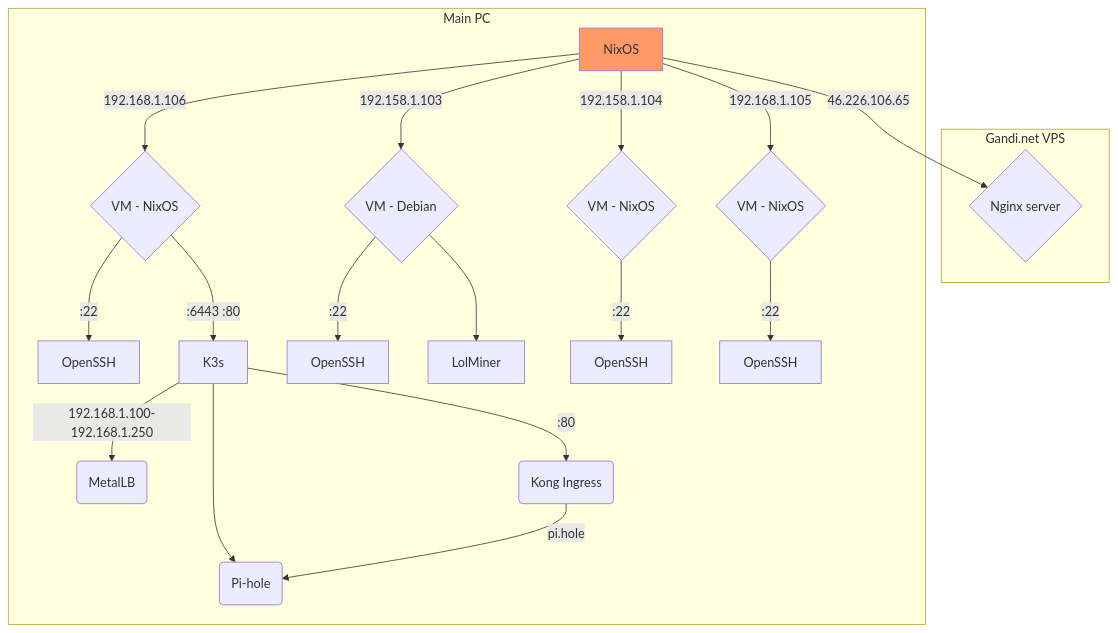
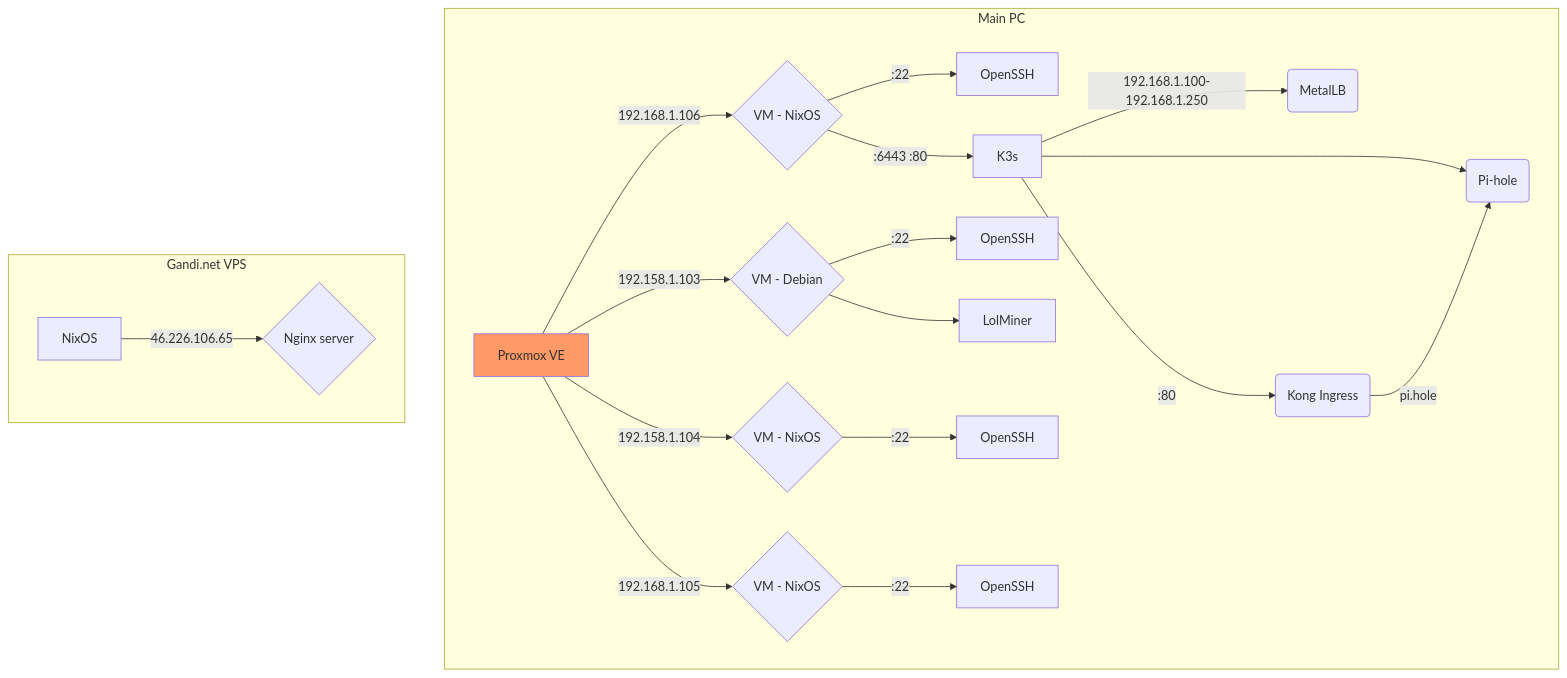
One commit to portothree/dotfiles changed the diagram in homelab/README.md. Above: the diagram before and after it, drawn with Mermaid.

Commit message:
docs: update diagram

````diff
--- a/homelab/README.md
+++ b/homelab/README.md
@@ -6,31 +6,31 @@
 ```mermaid
 graph TD
 	subgraph Main PC
 		A[Proxmox VE] -->|192.168.1.106| 100{VM - NixOS};
 		100 -->|:22| 100_ssh[OpenSSH];
 		100 -->|:6443 :80| K3s[K3s];
 		K3s -->|192.168.1.100-192.168.1.250| MetalLB(MetalLB);
 		click MetalLB "https://metallb.org" _blank
 		K3s -->|:80| Kong(Kong Ingress);
 		K3s --> Pi-hole(Pi-hole);
 		Kong -->|pi.hole| Pi-hole;
 		
 		A -->|192.158.1.103| 102{VM - Debian};
 		102 -->|:22| 102_ssh[OpenSSH];
 		102 --> lolminer[LolMiner];
 		
 		A -->|192.158.1.104| 103{VM - NixOS};
 		103 -->|:22| 103_ssh[OpenSSH];
 		
 		A -->|192.168.1.105| 104{VM - NixOS};
 		104 -->|:22| 104_ssh[OpenSSH];
 	end
 	
 	
 	subgraph Gandi.net VPS 
-		A[NixOS] -->|46.226.106.65|	Nginx{Nginx server};	
+		B[NixOS] -->|46.226.106.65|	Nginx{Nginx server};	
 	end
 	
 	classDef orange fill:#f96;
 	class A orange
 ```
````
